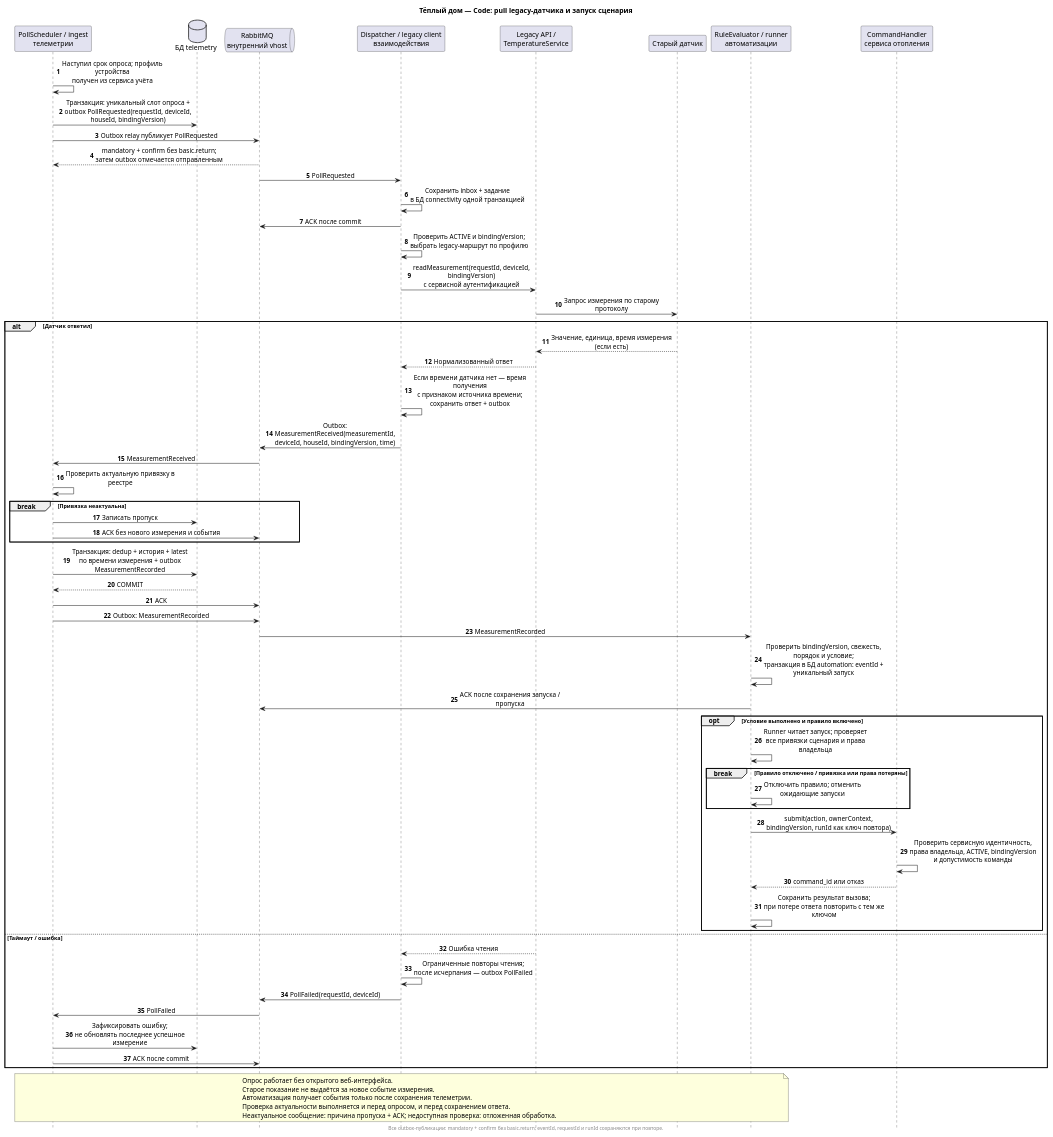
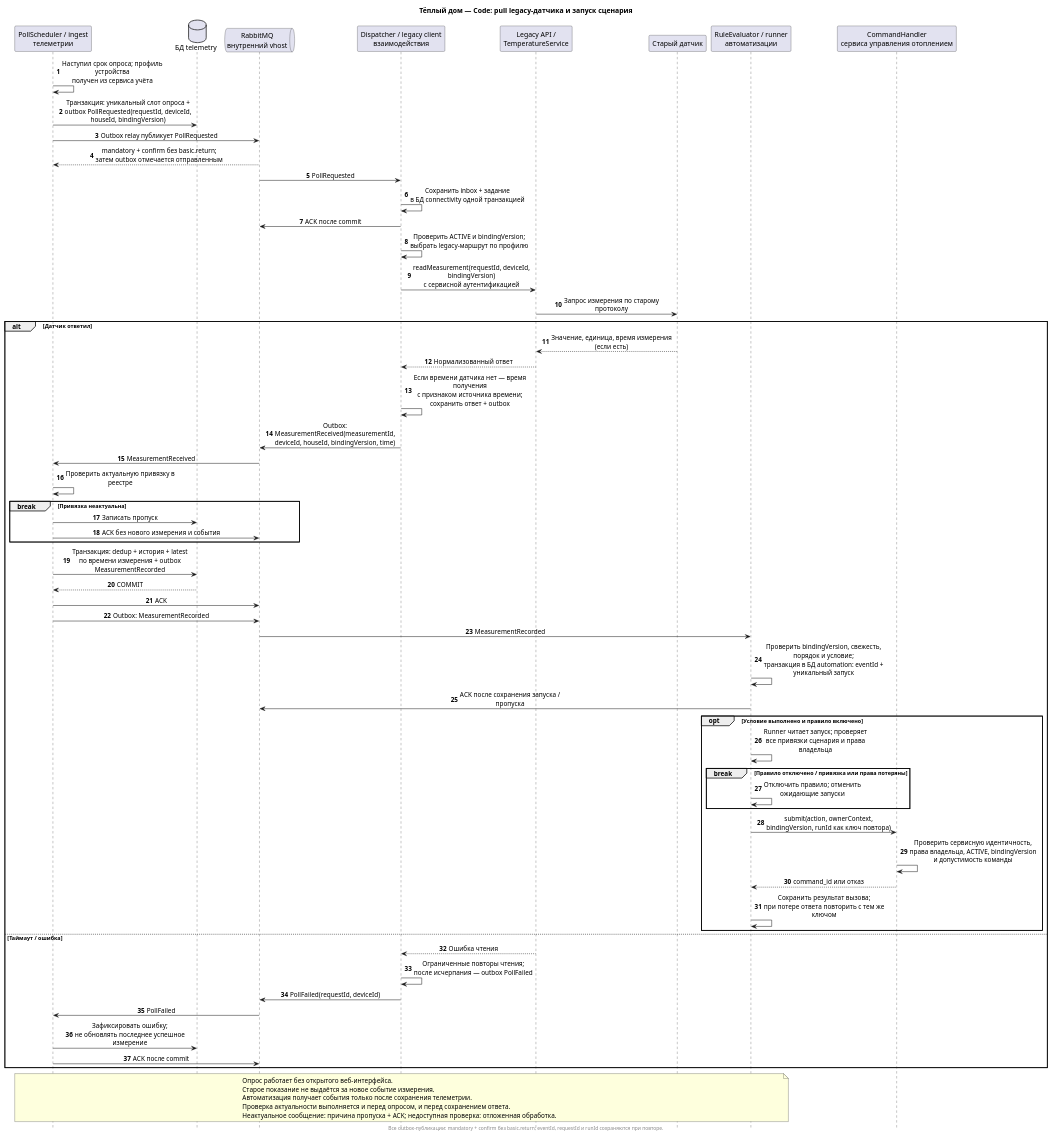
Before and after one commit to AndyMcFishka/architecture-pro-warmhouse: the diagram in diagrams/code/legacy-poll-automation.puml, drawn with PlantUML. The commit also changed 11 other files, not shown here.

```diff
--- a/diagrams/code/legacy-poll-automation.puml
+++ b/diagrams/code/legacy-poll-automation.puml
@@ -1,70 +1,70 @@
 @startuml
 title Тёплый дом — Code: pull legacy-датчика и запуск сценария
 hide footbox
 skinparam sequenceMessageAlign center
 skinparam maxMessageSize 260
 autonumber
 participant "PollScheduler / ingest\nтелеметрии" as telemetry
 database "БД telemetry" as db
 queue "RabbitMQ\nвнутренний vhost" as broker
 participant "Dispatcher / legacy client\nвзаимодействия" as transport
 participant "Legacy API /\nTemperatureService" as monolith
 participant "Старый датчик" as sensor
 participant "RuleEvaluator / runner\nавтоматизации" as automation
-participant "CommandHandler\nсервиса отопления" as control
+participant "CommandHandler\nсервиса управления отоплением" as control
 
 telemetry -> telemetry: Наступил срок опроса; профиль устройства\nполучен из сервиса учёта
 telemetry -> db: Транзакция: уникальный слот опроса +\noutbox PollRequested(requestId, deviceId, houseId, bindingVersion)
 telemetry -> broker: Outbox relay публикует PollRequested
 broker --> telemetry: mandatory + confirm без basic.return;\nзатем outbox отмечается отправленным
 broker -> transport: PollRequested
 transport -> transport: Сохранить inbox + задание\nв БД connectivity одной транзакцией
 transport -> broker: ACK после commit
 transport -> transport: Проверить ACTIVE и bindingVersion;\nвыбрать legacy-маршрут по профилю
 transport -> monolith: readMeasurement(requestId, deviceId, bindingVersion)\nс сервисной аутентификацией
 monolith -> sensor: Запрос измерения по старому протоколу
 alt Датчик ответил
   sensor --> monolith: Значение, единица, время измерения (если есть)
   monolith --> transport: Нормализованный ответ
   transport -> transport: Если времени датчика нет — время получения\nс признаком источника времени; сохранить ответ + outbox
   transport -> broker: Outbox: MeasurementReceived(measurementId, deviceId, houseId, bindingVersion, time)
   broker -> telemetry: MeasurementReceived
   telemetry -> telemetry: Проверить актуальную привязку в реестре
   break Привязка неактуальна
     telemetry -> db: Записать пропуск
     telemetry -> broker: ACK без нового измерения и события
   end
   telemetry -> db: Транзакция: dedup + история + latest\nпо времени измерения + outbox MeasurementRecorded
   db --> telemetry: COMMIT
   telemetry -> broker: ACK
   telemetry -> broker: Outbox: MeasurementRecorded
   broker -> automation: MeasurementRecorded
   automation -> automation: Проверить bindingVersion, свежесть, порядок и условие;\nтранзакция в БД automation: eventId + уникальный запуск
   automation -> broker: ACK после сохранения запуска / пропуска
   opt Условие выполнено и правило включено
     automation -> automation: Runner читает запуск; проверяет\nвсе привязки сценария и права владельца
     break Правило отключено / привязка или права потеряны
       automation -> automation: Отключить правило; отменить ожидающие запуски
     end
     automation -> control: submit(action, ownerContext, bindingVersion, runId как ключ повтора)
     control -> control: Проверить сервисную идентичность,\nправа владельца, ACTIVE, bindingVersion и допустимость команды
     control --> automation: command_id или отказ
     automation -> automation: Сохранить результат вызова;\nпри потере ответа повторить с тем же ключом
   end
 else Таймаут / ошибка
   monolith --> transport: Ошибка чтения
   transport -> transport: Ограниченные повторы чтения;\nпосле исчерпания — outbox PollFailed
   transport -> broker: PollFailed(requestId, deviceId)
   broker -> telemetry: PollFailed
   telemetry -> db: Зафиксировать ошибку;\nне обновлять последнее успешное измерение
   telemetry -> broker: ACK после commit
 end
 note over telemetry,automation
   Опрос работает без открытого веб-интерфейса.
   Старое показание не выдаётся за новое событие измерения.
   Автоматизация получает события только после сохранения телеметрии.
   Проверка актуальности выполняется и перед опросом, и перед сохранением ответа.
   Неактуальное сообщение: причина пропуска + ACK; недоступная проверка: отложенная обработка.
 end note
 footer Все outbox-публикации: mandatory + confirm без basic.return; eventId, requestId и runId сохраняются при повторе.
 @enduml
```
